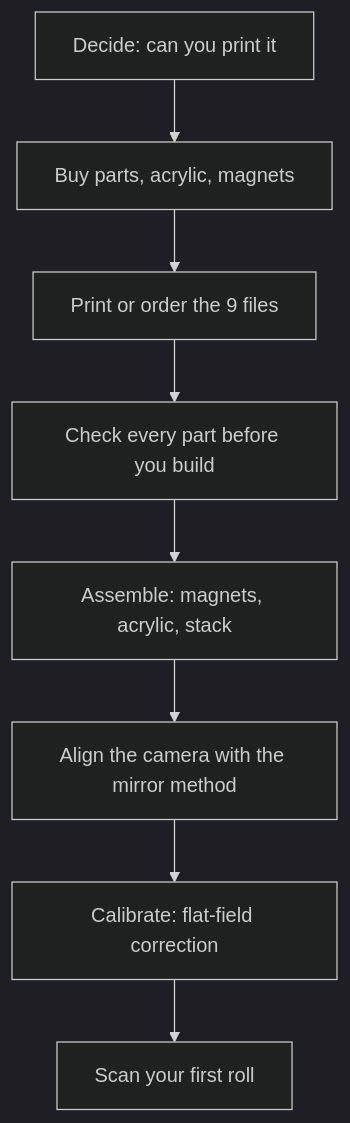
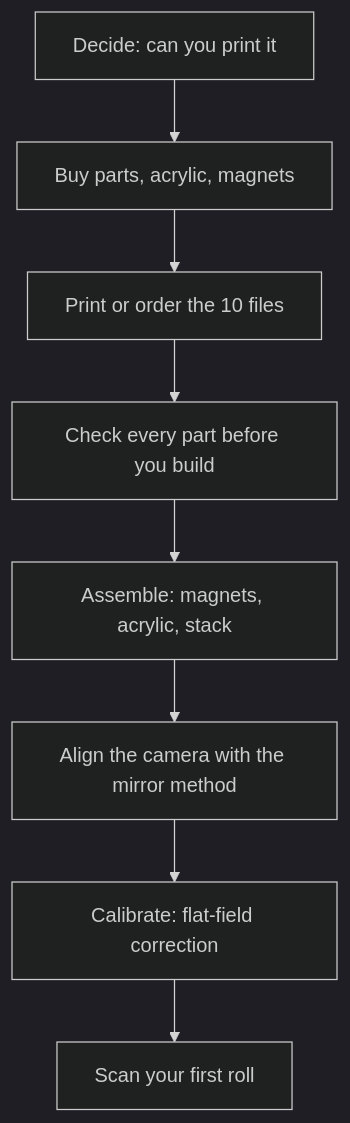
The diagram in docs/getting-started.md (Neoanaloglab/Neobox), drawn with Mermaid (dark theme) before and after one commit. The commit also changed other lines of this file and 42 other files, not shown here.

````diff
--- a/docs/getting-started.md
+++ b/docs/getting-started.md
@@ -99,10 +99,10 @@
 ```mermaid
 flowchart TD
     A[Decide: can you print it] --> B[Buy parts, acrylic, magnets]
-    B --> C[Print or order the 9 files]
+    B --> C[Print or order the 10 files]
     C --> D[Check every part before you build]
     D --> E[Assemble: magnets, acrylic, stack]
     E --> F[Align the camera with the mirror method]
     F --> G[Calibrate: flat-field correction]
     G --> H[Scan your first roll]
 ```
````
